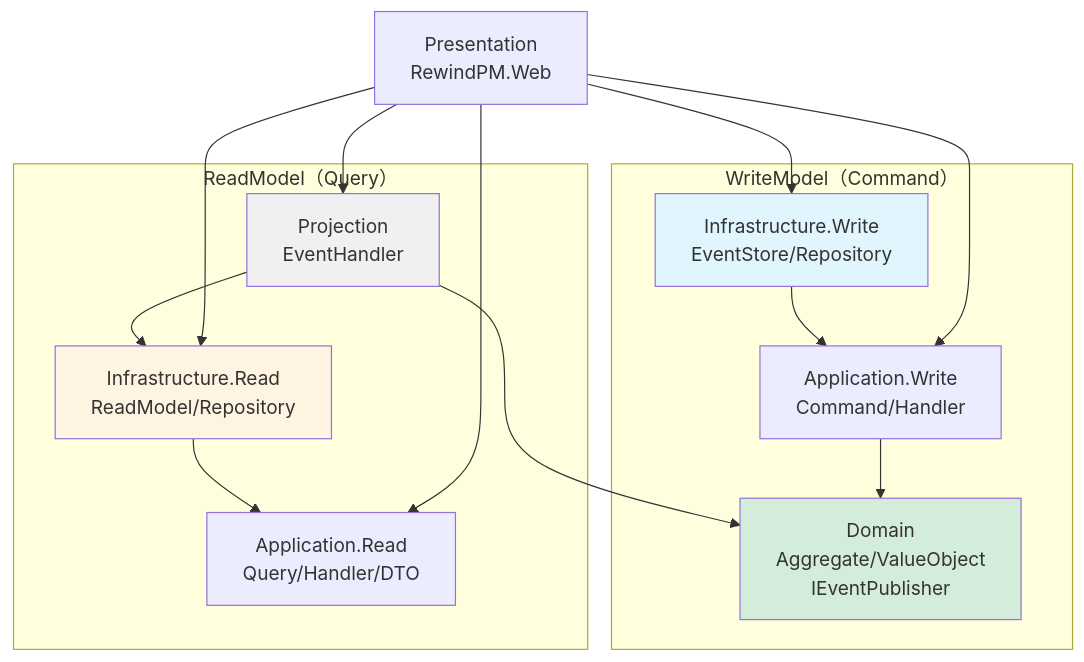
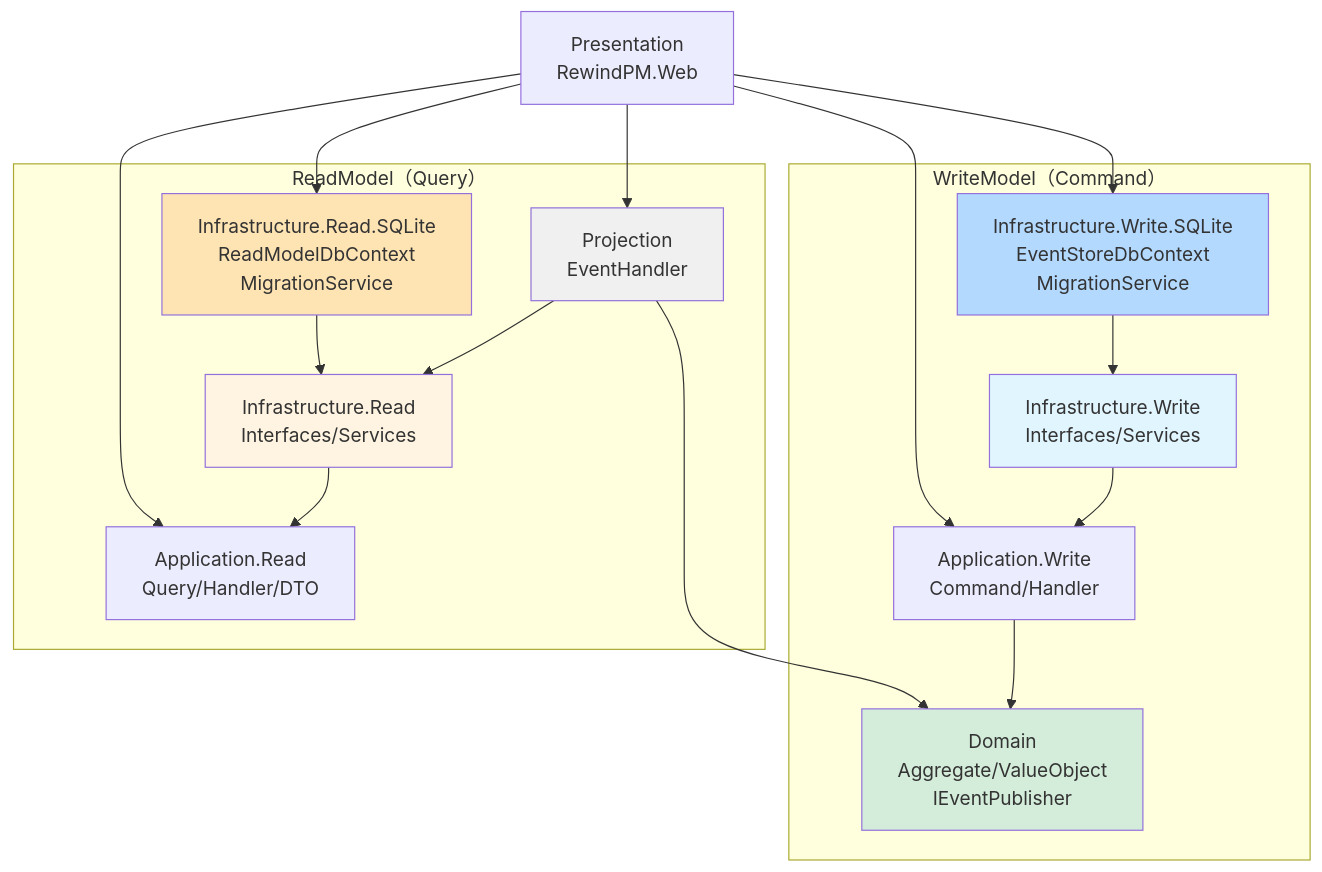
One commit to hmbl7graze/RewindPM changed the second of 2 diagrams in README.md. Above: the diagram before and after it, drawn with Mermaid. The commit also changed other lines of this file, not shown here.

````diff
--- a/README.md
+++ b/README.md
@@ -281,36 +288,42 @@
 ```mermaid
 graph TB
     UI[Presentation<br/>RewindPM.Web]
 
     subgraph "WriteModel（Command）"
         AppWrite[Application.Write<br/>Command/Handler]
         Domain[Domain<br/>Aggregate/ValueObject<br/>IEventPublisher]
-        InfraWrite[Infrastructure.Write<br/>EventStore/Repository]
+        InfraWrite[Infrastructure.Write<br/>Interfaces/Services]
+        InfraWriteSQL[Infrastructure.Write.SQLite<br/>EventStoreDbContext<br/>MigrationService]
 
         AppWrite --> Domain
         InfraWrite --> AppWrite
+        InfraWriteSQL --> InfraWrite
     end
 
     UI --> AppWrite
-    UI --> InfraWrite
+    UI --> InfraWriteSQL
 
     Projection[Projection<br/>EventHandler]
     Projection --> Domain
 
     subgraph "ReadModel（Query）"
-        InfraRead[Infrastructure.Read<br/>ReadModel/Repository]
+        InfraRead[Infrastructure.Read<br/>Interfaces/Services]
+        InfraReadSQL[Infrastructure.Read.SQLite<br/>ReadModelDbContext<br/>MigrationService]
         AppRead[Application.Read<br/>Query/Handler/DTO]
 
         Projection --> InfraRead
+        InfraReadSQL --> InfraRead
         InfraRead --> AppRead
     end
 
     UI --> AppRead
-    UI --> InfraRead
+    UI --> InfraReadSQL
     UI --> Projection
 
     style Domain fill:#d4edda
     style InfraWrite fill:#e1f5ff
+    style InfraWriteSQL fill:#b3d9ff
     style InfraRead fill:#fff4e1
+    style InfraReadSQL fill:#ffe4b3
     style Projection fill:#f0f0f0
 ```
````
